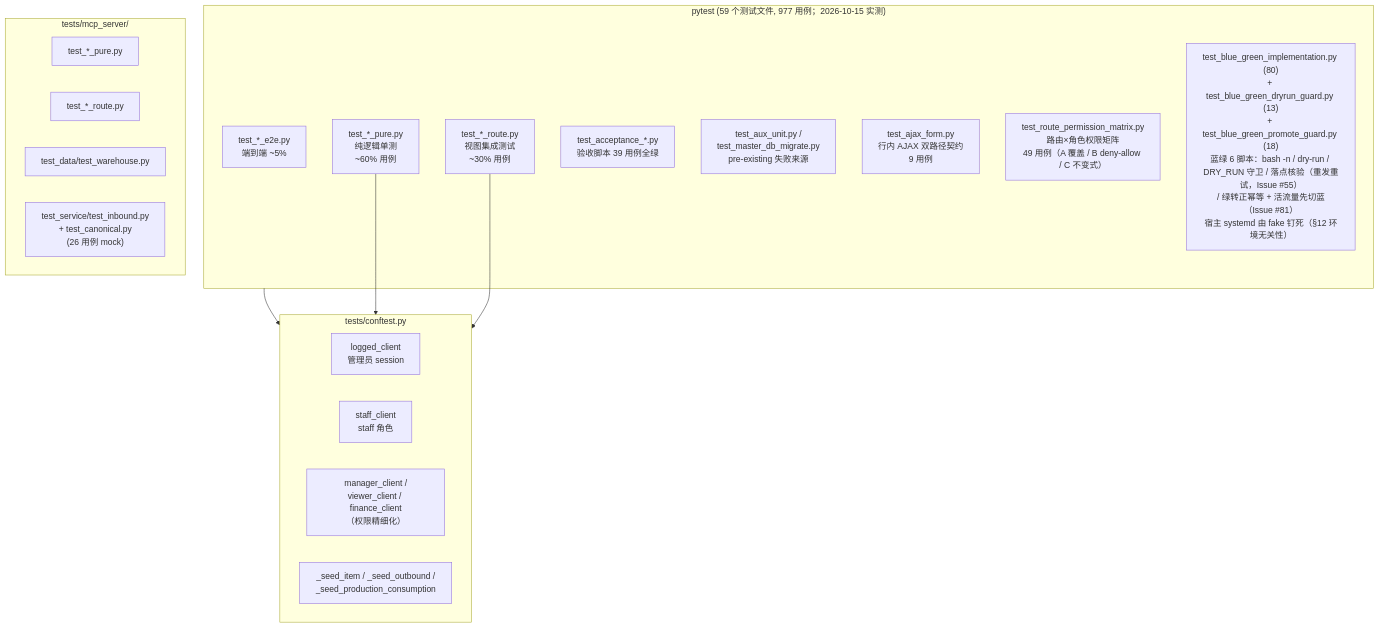
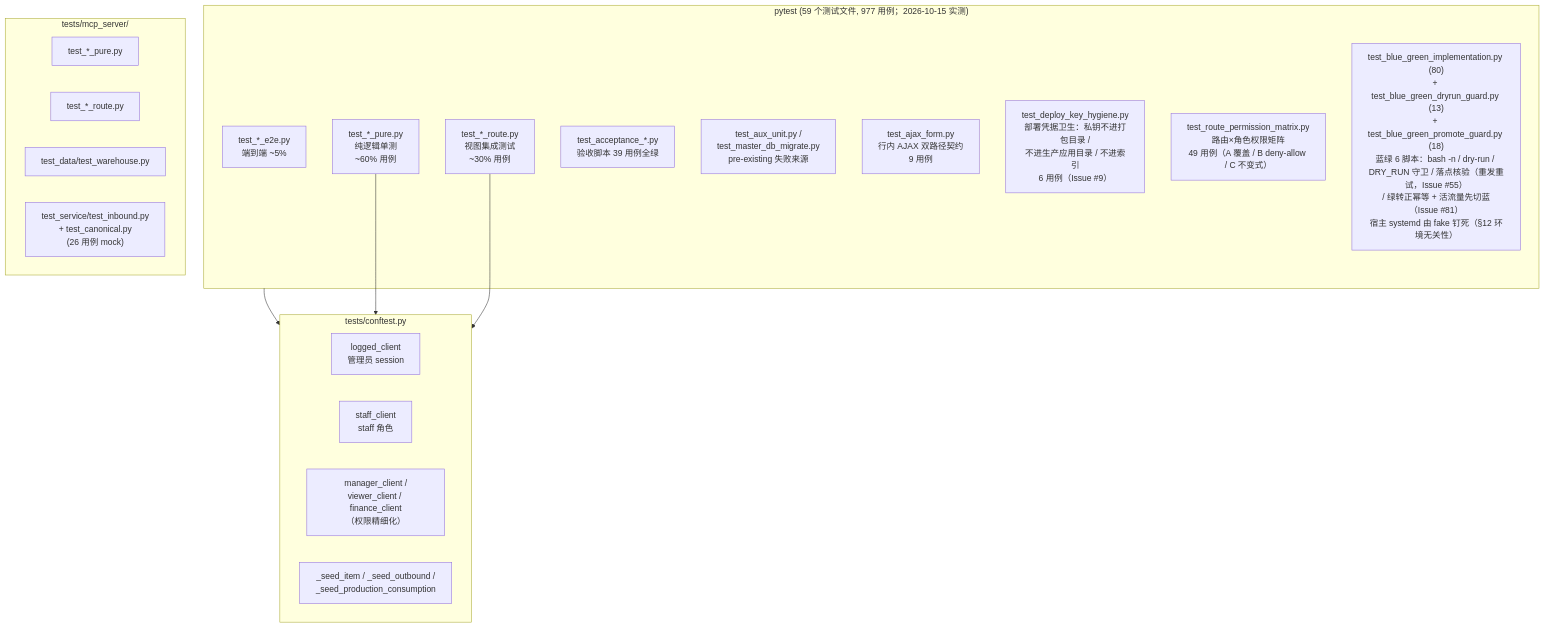
Before and after one commit to DUIDUI-Studio/DailyCheck: diagram 18 of 18 in docs/ARCHITECTURE.md, drawn with Mermaid. The commit also changed 1 other file, not shown here.

Commit message:
fix(test): 部署密钥用例不再依赖 pyyaml（CI 未安装该包）
CI 只装 requirements.txt，里面没有 pyyaml，现有测试也没有一处 import yaml。
首版用 yaml.safe_load 解析 ci.yml，本地装了 pyyaml 所以绿，CI 上
ModuleNotFoundError → collection error → test job 直接失败（run 56）。

改成纯文本切片：deploy 是 jobs 里最后一个 job，取 "\n  deploy:" 到文件末尾。
顺带补一句 docstring 说明这个坑，避免下一个人再引 CI 没装的包。

同步 ARCHITECTURE.md §12：新增测试文件登记进测试架构图。

````diff
--- a/docs/ARCHITECTURE.md
+++ b/docs/ARCHITECTURE.md
@@ -1700,31 +1700,32 @@
 ```mermaid
 flowchart TB
     subgraph Pytest["pytest (59 个测试文件, 977 用例；2026-10-15 实测)"]
         Pure["test_*_pure.py<br/>纯逻辑单测<br/>~60% 用例"]
         Route["test_*_route.py<br/>视图集成测试<br/>~30% 用例"]
         E2E["test_*_e2e.py<br/>端到端 ~5%"]
         Acceptance["test_acceptance_*.py<br/>验收脚本 39 用例全绿"]
         Aux["test_aux_unit.py /<br/>test_master_db_migrate.py<br/>pre-existing 失败来源"]
         Ajax["test_ajax_form.py<br/>行内 AJAX 双路径契约<br/>9 用例"]
+        KeyHygiene["test_deploy_key_hygiene.py<br/>部署凭据卫生：私钥不进打包目录 /<br/>不进生产应用目录 / 不进索引<br/>6 用例（Issue #9）"]
         Perm["test_route_permission_matrix.py<br/>路由×角色权限矩阵<br/>49 用例（A 覆盖 / B deny-allow / C 不变式）"]
         BlueGreen["test_blue_green_implementation.py (80)<br/>+ test_blue_green_dryrun_guard.py (13)<br/>+ test_blue_green_promote_guard.py (18)<br/>蓝绿 6 脚本：bash -n / dry-run / DRY_RUN 守卫 / 落点核验（重发重试，Issue #55）<br/>/ 绿转正幂等 + 活流量先切蓝（Issue #81）<br/>宿主 systemd 由 fake 钉死（§12 环境无关性）"]
     end
 
     subgraph Conftest["tests/conftest.py"]
         LoggedClient["logged_client<br/>管理员 session"]
         StaffClient["staff_client<br/>staff 角色"]
         RoleClients["manager_client /<br/>viewer_client / finance_client<br/>（权限精细化）"]
         SeedHelpers["_seed_item / _seed_outbound /<br/>_seed_production_consumption"]
     end
 
     subgraph MCPTest["tests/mcp_server/"]
         MCPPure["test_*_pure.py"]
         MCPRoute["test_*_route.py"]
         MCPData["test_data/test_warehouse.py"]
         MCPService["test_service/test_inbound.py<br/>+ test_canonical.py<br/>(26 用例 mock)"]
     end
 
     Pytest --> Conftest
     Pure --> Conftest
     Route --> Conftest
 ```
````
